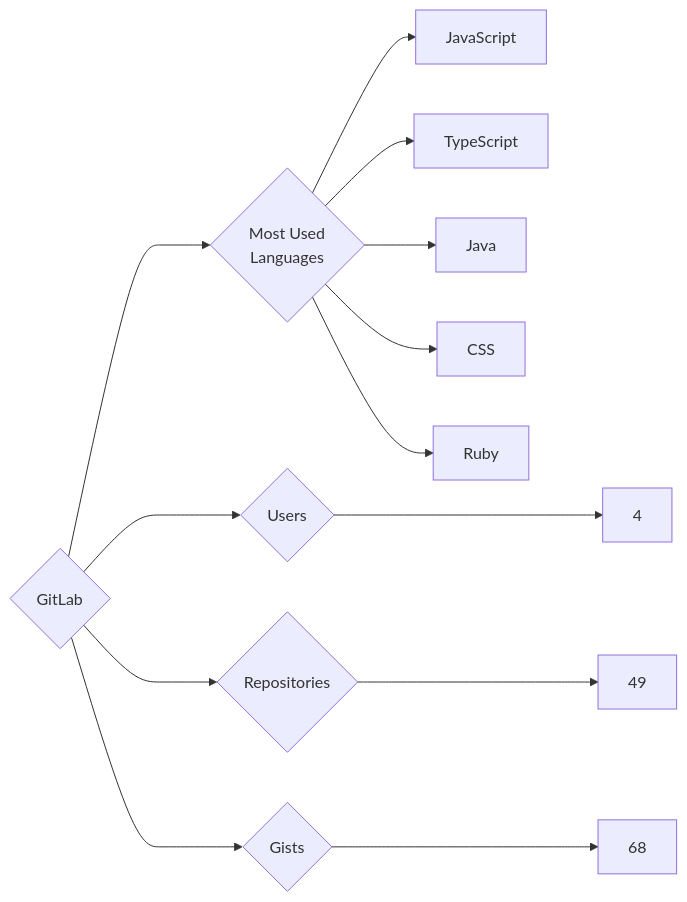
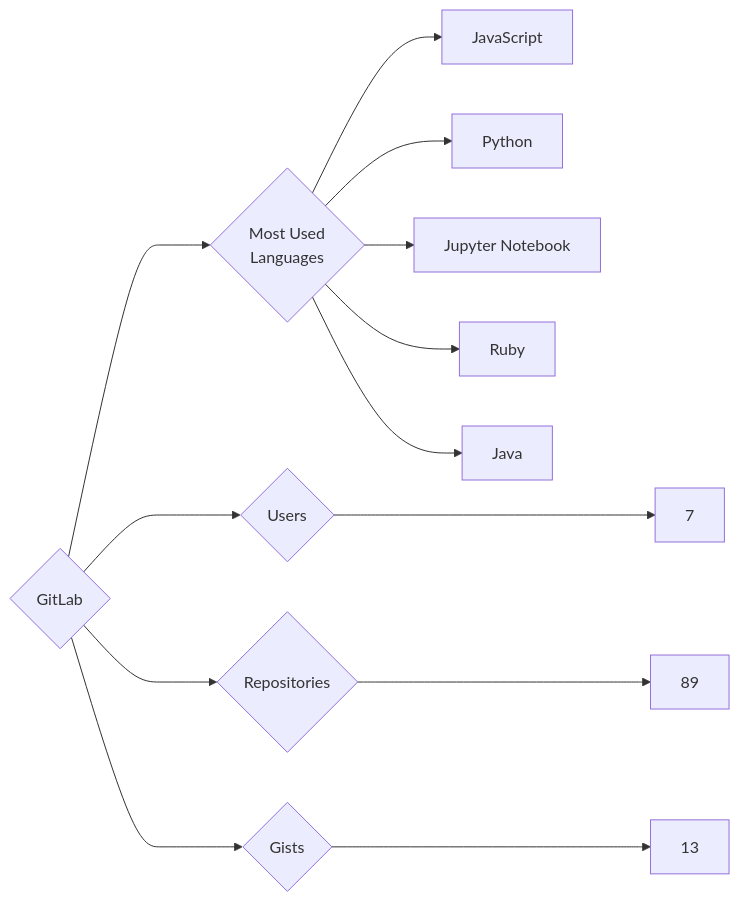
Before and after one commit to trickest/insiders: the diagram in targets/GitLab/README.md, drawn with Mermaid. The commit also changed 1166 other files, not shown here.

````diff
--- a/targets/GitLab/README.md
+++ b/targets/GitLab/README.md
@@ -3,13 +3,13 @@
 ```mermaid
 graph LR
 COMPANY_NAME{GitLab}
-COMPANY_NAME ---> U{Users} ---> UN[4]
-COMPANY_NAME ---> R{Repositories} ---> RN[49]
-COMPANY_NAME ---> G{Gists} ---> GN[68]
+COMPANY_NAME ---> U{Users} ---> UN[7]
+COMPANY_NAME ---> R{Repositories} ---> RN[89]
+COMPANY_NAME ---> G{Gists} ---> GN[13]
 COMPANY_NAME ---> ML{Most Used<br>Languages}
 ML --> JavaScript[JavaScript]
-ML --> TypeScript[TypeScript]
+ML --> Python[Python]
+ML --> Jupyter_Notebook[Jupyter Notebook]
+ML --> Ruby[Ruby]
 ML --> Java[Java]
-ML --> CSS[CSS]
-ML --> Ruby[Ruby]
 ```
````
